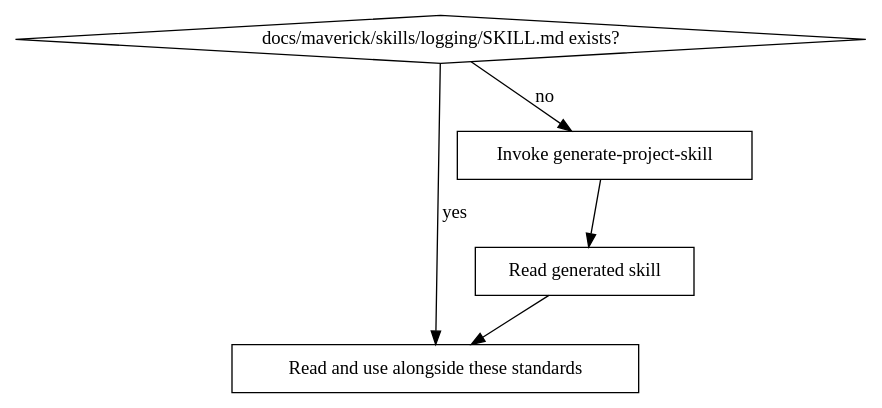
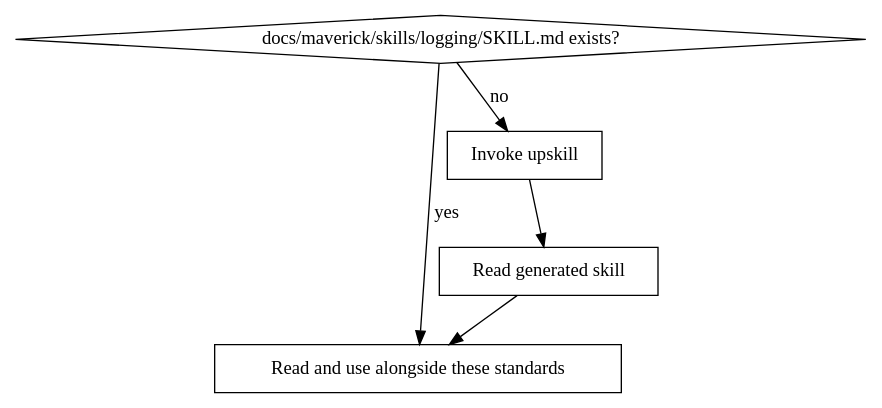
The second of 2 diagrams in skills/logging-bestpractice/SKILL.md (thermiteau/maverick-private), drawn with Graphviz before and after one commit. The commit also changed other lines of this file and 10 other files, not shown here.

````diff
--- a/skills/logging-bestpractice/SKILL.md
+++ b/skills/logging-bestpractice/SKILL.md
@@ -254,13 +254,13 @@
 ```dot
 digraph lookup {
     "docs/maverick/skills/logging/SKILL.md exists?" [shape=diamond];
     "Read and use alongside these standards" [shape=box];
-    "Invoke generate-project-skill" [shape=box];
+    "Invoke upskill" [shape=box];
     "Read generated skill" [shape=box];
 
     "docs/maverick/skills/logging/SKILL.md exists?" -> "Read and use alongside these standards" [label="yes"];
-    "docs/maverick/skills/logging/SKILL.md exists?" -> "Invoke generate-project-skill" [label="no"];
-    "Invoke generate-project-skill" -> "Read generated skill";
+    "docs/maverick/skills/logging/SKILL.md exists?" -> "Invoke upskill" [label="no"];
+    "Invoke upskill" -> "Read generated skill";
     "Read generated skill" -> "Read and use alongside these standards";
 }
 ```
````
